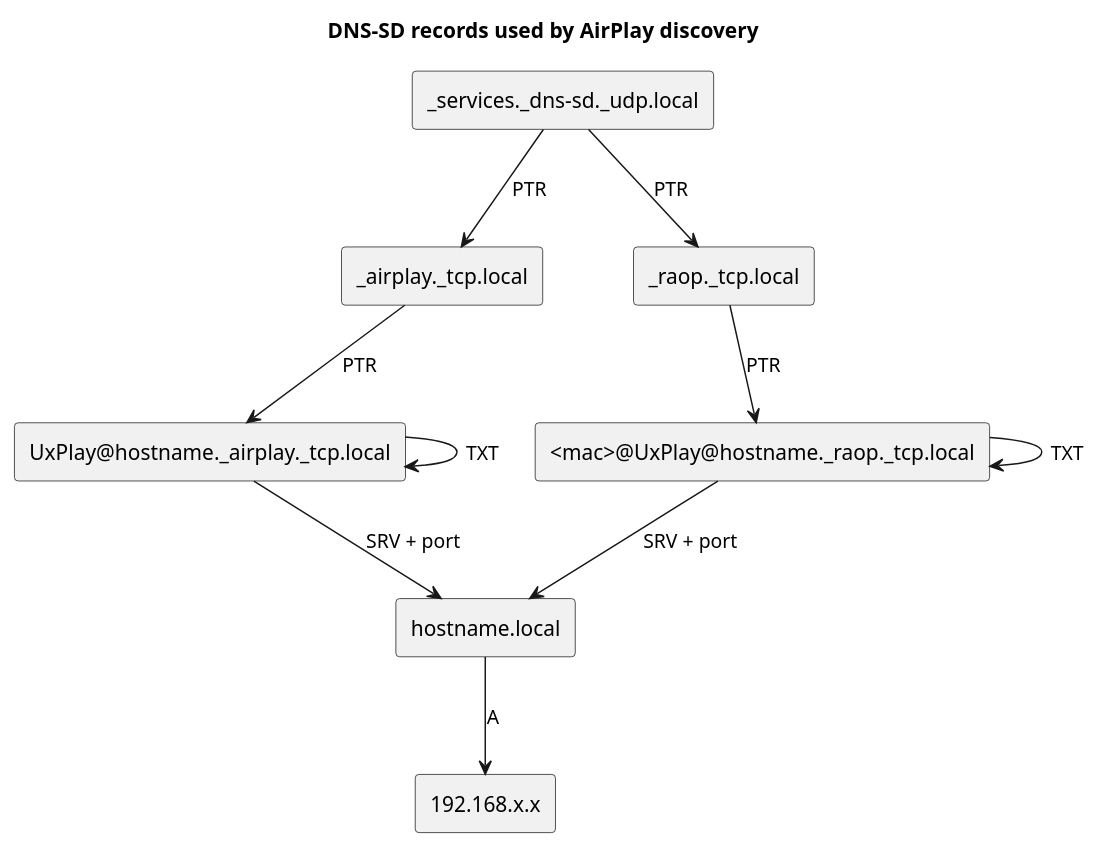
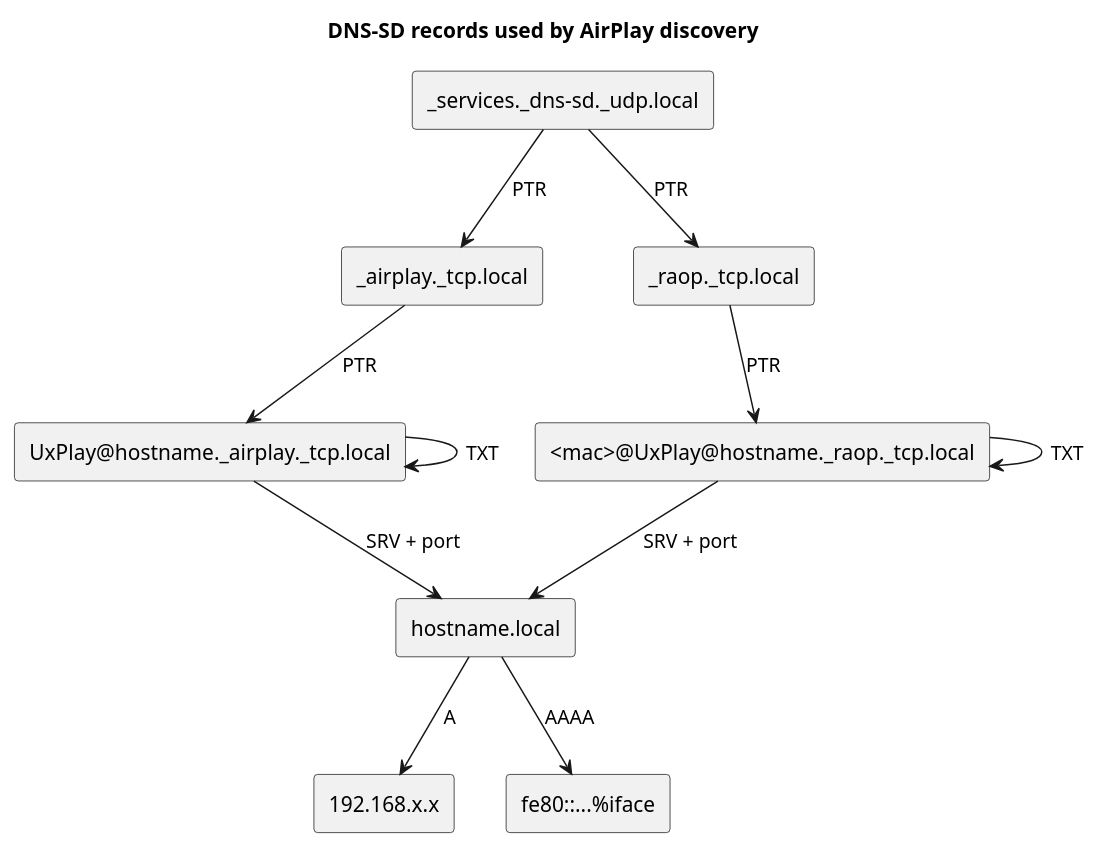
The third of 6 diagrams in content/articles/Android/airplay_mdns_discovery/index.md (kgbook/blog), drawn with PlantUML before and after one commit. The commit also changed other lines of this file, not shown here.

Commit message:
feat: add ipv6 mDNS support

````diff
--- a/content/articles/Android/airplay_mdns_discovery/index.md
+++ b/content/articles/Android/airplay_mdns_discovery/index.md
@@ -184,24 +193,26 @@
 ```plantuml
 @startuml
 title DNS-SD records used by AirPlay discovery
 
 rectangle "_services._dns-sd._udp.local" as Services
 rectangle "_airplay._tcp.local" as AirPlayType
 rectangle "_raop._tcp.local" as RaopType
 rectangle "UxPlay@hostname._airplay._tcp.local" as AirPlayInst
 rectangle "<mac>@UxPlay@hostname._raop._tcp.local" as RaopInst
 rectangle "hostname.local" as Host
 rectangle "192.168.x.x" as IPv4
+rectangle "fe80::...%iface" as IPv6
 
 Services --> AirPlayType : PTR
 Services --> RaopType : PTR
 AirPlayType --> AirPlayInst : PTR
 RaopType --> RaopInst : PTR
 AirPlayInst --> Host : SRV + port
 RaopInst --> Host : SRV + port
 AirPlayInst --> AirPlayInst : TXT
 RaopInst --> RaopInst : TXT
 Host --> IPv4 : A
+Host --> IPv6 : AAAA
 
 @enduml
 ```
````
